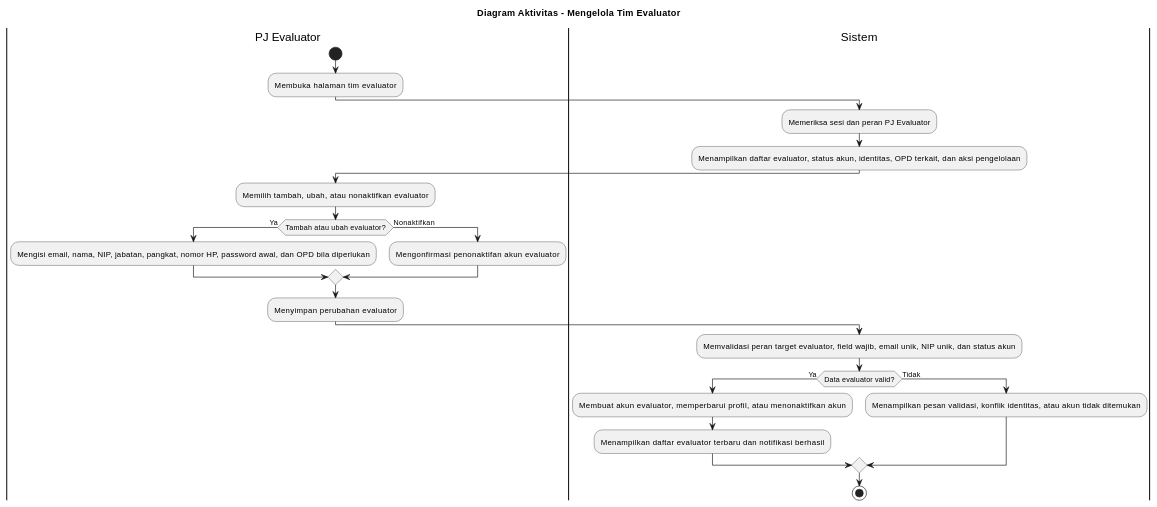
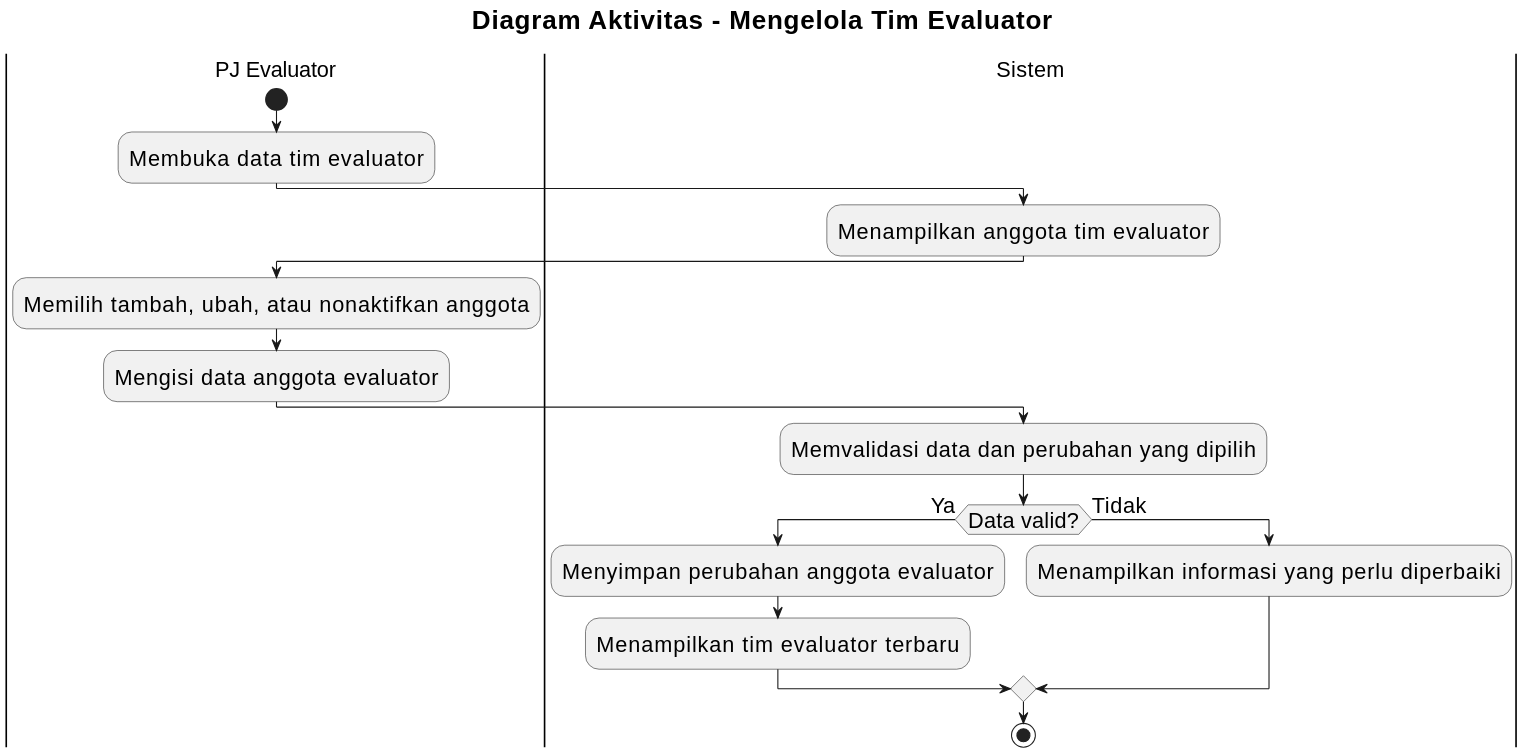
One commit to howlil/sop-generate-app changed the diagram in docs/activity-diagram/lampiran/pj-evaluator-mengelola-tim-evaluator.md. Above: the diagram before and after it, drawn with PlantUML. The commit also changed other lines of this file and 20 other files, not shown here.

Commit message:
docs(activity): align all activity diagrams with use cases

````diff
--- a/docs/activity-diagram/lampiran/pj-evaluator-mengelola-tim-evaluator.md
+++ b/docs/activity-diagram/lampiran/pj-evaluator-mengelola-tim-evaluator.md
@@ -16,36 +16,33 @@
 ```plantuml
 @startuml
+skinparam defaultFontSize 20
+skinparam titleFontSize 24
+skinparam dpi 160
+
 title Diagram Aktivitas - Mengelola Tim Evaluator
 
 |PJ Evaluator|
 start
-:Membuka halaman tim evaluator;
+:Membuka data tim evaluator;
 
 |Sistem|
-:Memeriksa sesi dan peran PJ Evaluator;
-:Menampilkan daftar evaluator, status akun, identitas, OPD terkait, dan aksi pengelolaan;
+:Menampilkan anggota tim evaluator;
 
 |PJ Evaluator|
-:Memilih tambah, ubah, atau nonaktifkan evaluator;
-
-if (Tambah atau ubah evaluator?) then (Ya)
-  :Mengisi email, nama, NIP, jabatan, pangkat, nomor HP, password awal, dan OPD bila diperlukan;
-else (Nonaktifkan)
-  :Mengonfirmasi penonaktifan akun evaluator;
-endif
-
-:Menyimpan perubahan evaluator;
+:Memilih tambah, ubah, atau nonaktifkan anggota;
+:Mengisi data anggota evaluator;
 
 |Sistem|
-:Memvalidasi peran target evaluator, field wajib, email unik, NIP unik, dan status akun;
+:Memvalidasi data dan perubahan yang dipilih;
 
-if (Data evaluator valid?) then (Ya)
-  :Membuat akun evaluator, memperbarui profil, atau menonaktifkan akun;
-  :Menampilkan daftar evaluator terbaru dan notifikasi berhasil;
+if (Data valid?) then (Ya)
+  :Menyimpan perubahan anggota evaluator;
+  :Menampilkan tim evaluator terbaru;
 else (Tidak)
-  :Menampilkan pesan validasi, konflik identitas, atau akun tidak ditemukan;
+  :Menampilkan informasi yang perlu diperbaiki;
 endif
 
 stop
+
 @enduml
 ```
````
